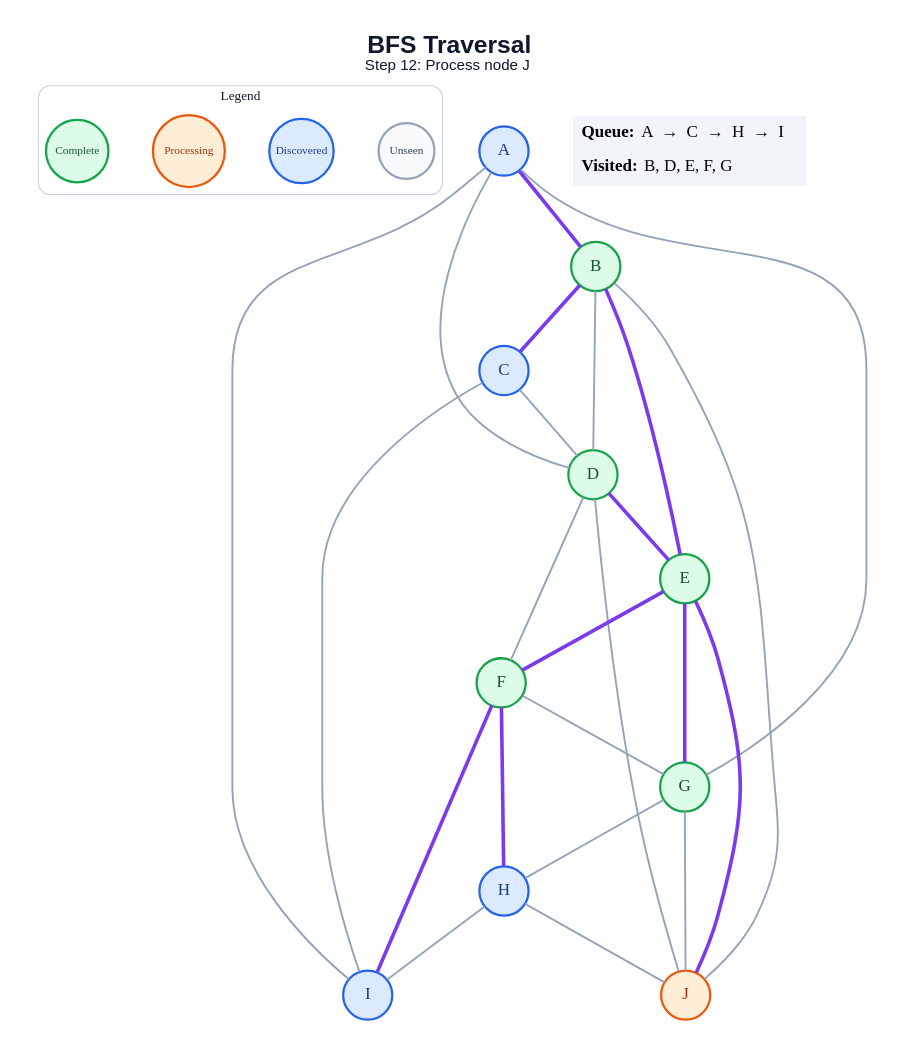
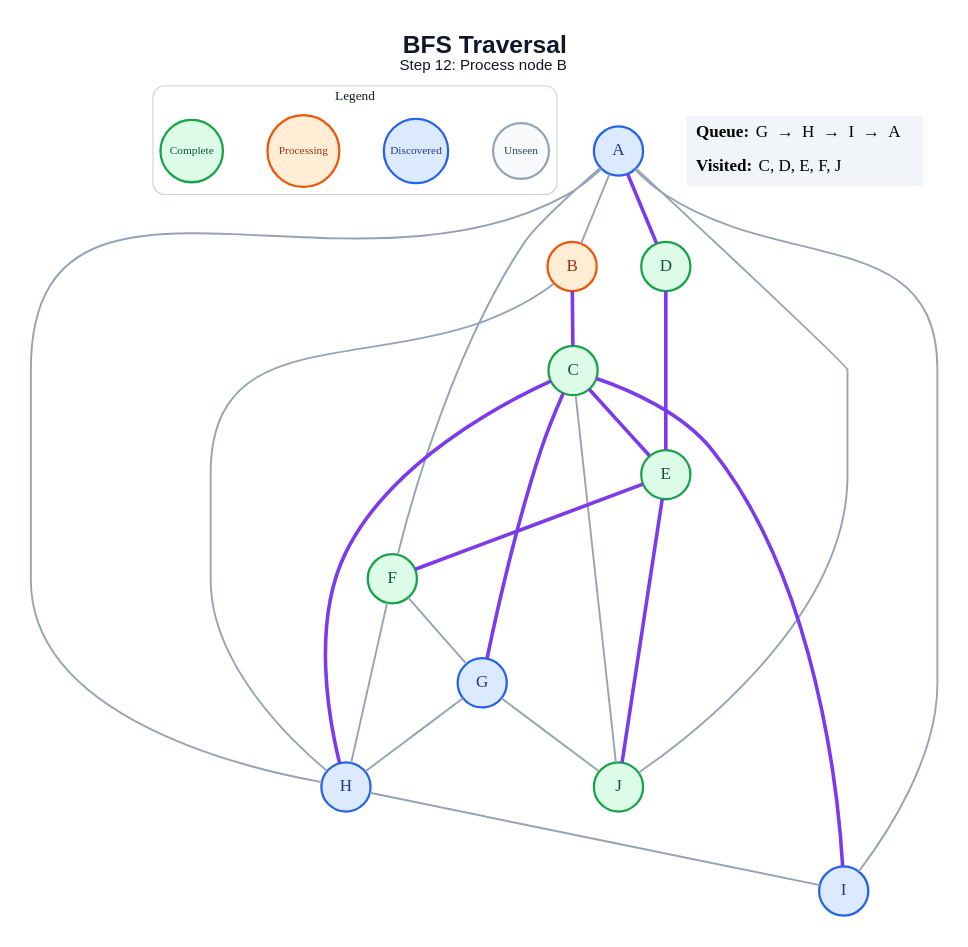
Before and after one commit to amanghodawala9/ai-slop: the diagram in generated/specific-node/bfs/step_12.dot, drawn with Graphviz. The commit also changed 178 other files, not shown here.

```diff
--- a/generated/specific-node/bfs/step_12.dot
+++ b/generated/specific-node/bfs/step_12.dot
@@ -1,52 +1,50 @@
 graph traversal {
   graph [layout=dot, rankdir=TB, bgcolor="#FFFFFF", pad="0.35", nodesep="0.65", ranksep="0.8", fontname="Arial"];
   node [shape=circle, style="filled", fontname="Arial Bold", fontsize=18, width=0.72, fixedsize=true, penwidth=2.4];
   edge [color="#94A3B8", penwidth=2.0];
-  label=<<B>BFS Traversal</B><BR/><FONT POINT-SIZE="16">Step 12: Process node J</FONT>>; labelloc="t"; fontsize=26; fontname="Arial"; fontcolor="#0F172A";
+  label=<<B>BFS Traversal</B><BR/><FONT POINT-SIZE="16">Step 12: Process node B</FONT>>; labelloc="t"; fontsize=26; fontname="Arial"; fontcolor="#0F172A";
   subgraph cluster_legend { label="Legend"; color="#CBD5E1"; penwidth=1.2; style="rounded"; fontsize=14; fontname="Arial Bold";
     key_unseen [label="Unseen", fillcolor="#F8FAFC", color="#94A3B8", fontcolor="#334155", fontsize=12, width=0.82];
     key_frontier [label="Discovered", fillcolor="#DBEAFE", color="#2563EB", fontcolor="#1E3A8A", fontsize=12, width=0.95];
     key_current [label="Processing", fillcolor="#FFEDD5", color="#EA580C", fontcolor="#9A3412", fontsize=12, width=1.05];
     key_done [label="Complete", fillcolor="#DCFCE7", color="#16A34A", fontcolor="#14532D", fontsize=12, width=0.92];
     { rank=same; key_unseen; key_frontier; key_current; key_done; }
   }
   A [fillcolor="#DBEAFE", color="#2563EB", fontcolor="#1E3A8A"];
-  B [fillcolor="#DCFCE7", color="#16A34A", fontcolor="#14532D"];
-  C [fillcolor="#DBEAFE", color="#2563EB", fontcolor="#1E3A8A"];
+  B [fillcolor="#FFEDD5", color="#EA580C", fontcolor="#9A3412"];
+  C [fillcolor="#DCFCE7", color="#16A34A", fontcolor="#14532D"];
   D [fillcolor="#DCFCE7", color="#16A34A", fontcolor="#14532D"];
   E [fillcolor="#DCFCE7", color="#16A34A", fontcolor="#14532D"];
   F [fillcolor="#DCFCE7", color="#16A34A", fontcolor="#14532D"];
-  G [fillcolor="#DCFCE7", color="#16A34A", fontcolor="#14532D"];
+  G [fillcolor="#DBEAFE", color="#2563EB", fontcolor="#1E3A8A"];
   H [fillcolor="#DBEAFE", color="#2563EB", fontcolor="#1E3A8A"];
   I [fillcolor="#DBEAFE", color="#2563EB", fontcolor="#1E3A8A"];
-  J [fillcolor="#FFEDD5", color="#EA580C", fontcolor="#9A3412"];
-  A -- B [color="#7C3AED", penwidth=3.8];
-  A -- D;
-  A -- G;
+  J [fillcolor="#DCFCE7", color="#16A34A", fontcolor="#14532D"];
+  A -- B;
+  A -- D [color="#7C3AED", penwidth=3.8];
+  A -- F;
+  A -- H;
   A -- I;
+  A -- J;
   B -- C [color="#7C3AED", penwidth=3.8];
-  B -- D;
-  B -- E [color="#7C3AED", penwidth=3.8];
-  B -- J;
-  C -- D;
-  C -- I;
+  B -- H;
+  C -- E [color="#7C3AED", penwidth=3.8];
+  C -- G [color="#7C3AED", penwidth=3.8];
+  C -- H [color="#7C3AED", penwidth=3.8];
+  C -- I [color="#7C3AED", penwidth=3.8];
+  C -- J;
   D -- E [color="#7C3AED", penwidth=3.8];
-  D -- F;
-  D -- J;
   E -- F [color="#7C3AED", penwidth=3.8];
-  E -- G [color="#7C3AED", penwidth=3.8];
   E -- J [color="#7C3AED", penwidth=3.8];
   F -- G;
-  F -- H [color="#7C3AED", penwidth=3.8];
-  F -- I [color="#7C3AED", penwidth=3.8];
+  F -- H;
   G -- H;
   G -- J;
   H -- I;
-  H -- J;
   status [shape=plain, fixedsize=false, width=0, height=0, margin=0, label=<
     <TABLE BORDER="0" CELLBORDER="0" CELLPADDING="7" BGCOLOR="#F1F5F9">
-      <TR><TD ALIGN="LEFT"><B>Queue:</B> A  →  C  →  H  →  I</TD></TR>
-      <TR><TD ALIGN="LEFT"><B>Visited:</B> B, D, E, F, G</TD></TR>
+      <TR><TD ALIGN="LEFT"><B>Queue:</B> G  →  H  →  I  →  A</TD></TR>
+      <TR><TD ALIGN="LEFT"><B>Visited:</B> C, D, E, F, J</TD></TR>
     </TABLE>
   >];
 }
```
